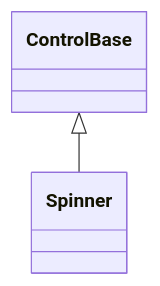
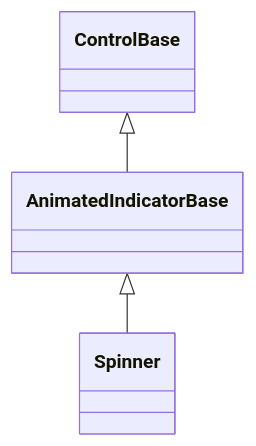
The diagram in docs/controls/display/spinner.md (pavkam/sharp-vision), drawn with Mermaid before and after one commit. The commit also changed other lines of this file and 27 other files, not shown here.

````diff
--- a/docs/controls/display/spinner.md
+++ b/docs/controls/display/spinner.md
@@ -11,4 +12,5 @@
 ```mermaid
 classDiagram
-    ControlBase <|-- Spinner
+    ControlBase <|-- AnimatedIndicatorBase
+    AnimatedIndicatorBase <|-- Spinner
 ```
````
